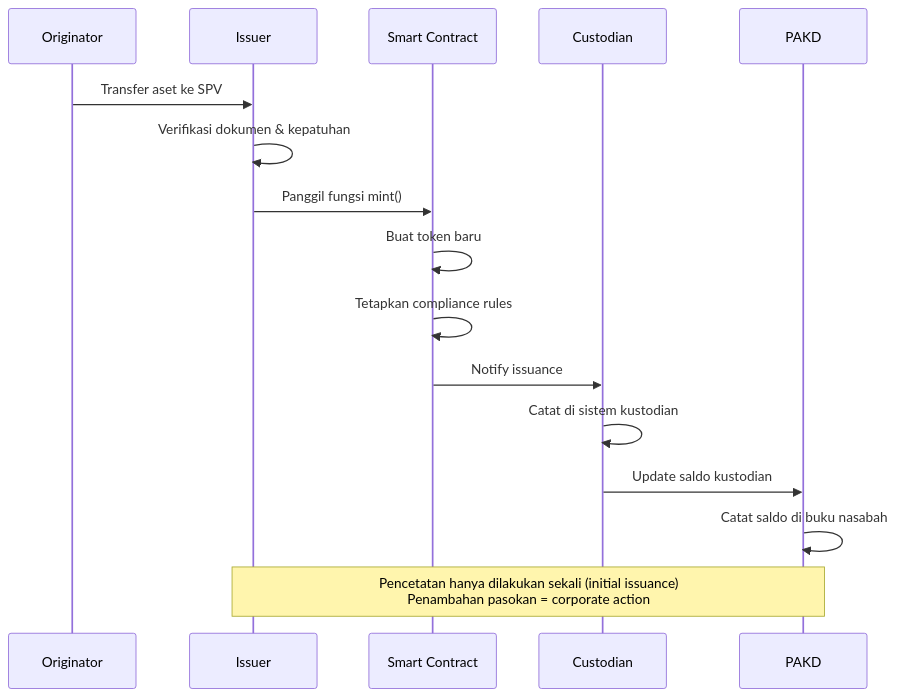
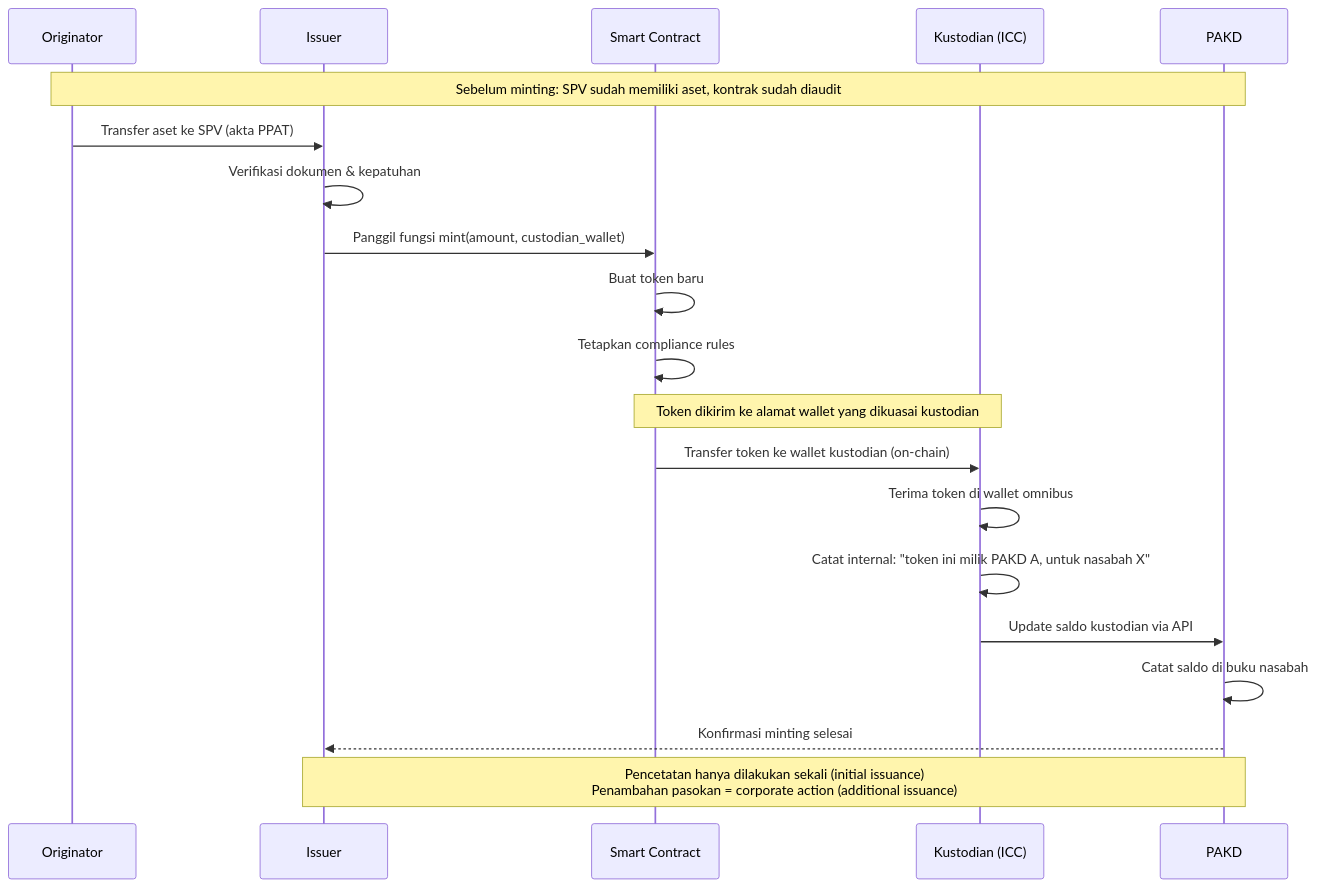
The fourth of 10 diagrams in book/04-rwa-lifecycle.md (Reinhartsamuel/tokenization-playbook), drawn with Mermaid before and after one commit. The commit also changed other lines of this file and 2 other files, not shown here.

````diff
--- a/book/04-rwa-lifecycle.md
+++ b/book/04-rwa-lifecycle.md
@@ -330,20 +385,29 @@
 ```mermaid
 sequenceDiagram
     participant O as Originator
     participant I as Issuer
     participant SC as Smart Contract
-    participant C as Custodian
+    participant C as Kustodian (ICC)
     participant PAKD as PAKD
     
-    O->>I: Transfer aset ke SPV
+    Note over O,PAKD: Sebelum minting: SPV sudah memiliki aset, kontrak sudah diaudit
+    
+    O->>I: Transfer aset ke SPV (akta PPAT)
     I->>I: Verifikasi dokumen & kepatuhan
-    I->>SC: Panggil fungsi mint()
+    
+    I->>SC: Panggil fungsi mint(amount, custodian_wallet)
     SC->>SC: Buat token baru
     SC->>SC: Tetapkan compliance rules
-    SC->>C: Notify issuance
-    C->>C: Catat di sistem kustodian
-    C->>PAKD: Update saldo kustodian
+    
+    Note over SC,C: Token dikirim ke alamat wallet yang dikuasai kustodian
+    SC->>C: Transfer token ke wallet kustodian (on-chain)
+    
+    C->>C: Terima token di wallet omnibus
+    C->>C: Catat internal: "token ini milik PAKD A, untuk nasabah X"
+    C->>PAKD: Update saldo kustodian via API
+    
     PAKD->>PAKD: Catat saldo di buku nasabah
+    PAKD-->>I: Konfirmasi minting selesai
     
-    Note over I,PAKD: Pencetatan hanya dilakukan sekali (initial issuance)<br/>Penambahan pasokan = corporate action
+    Note over I,PAKD: Pencetatan hanya dilakukan sekali (initial issuance)<br/>Penambahan pasokan = corporate action (additional issuance)
 ```
````
